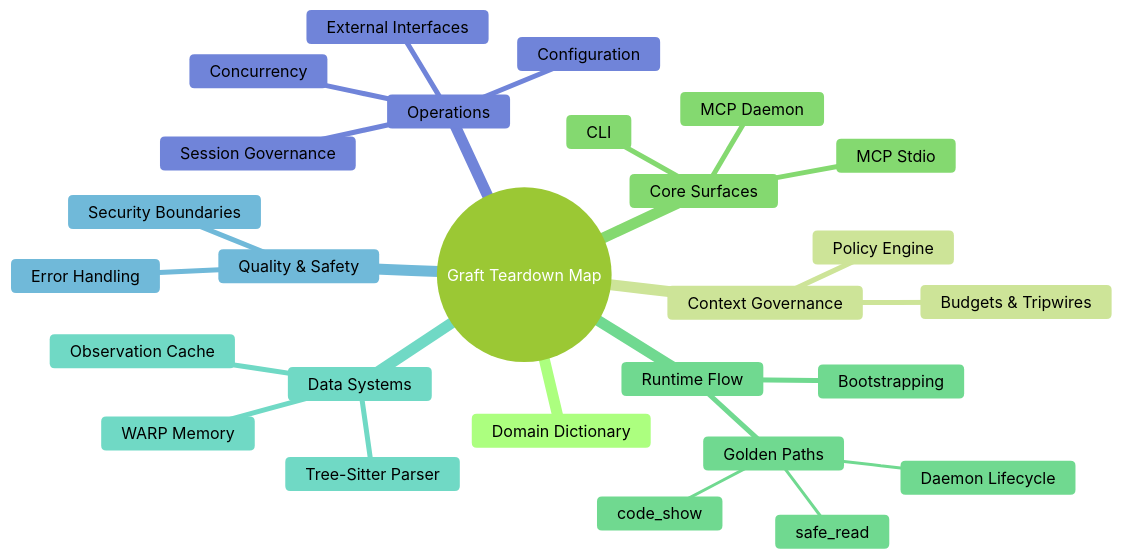
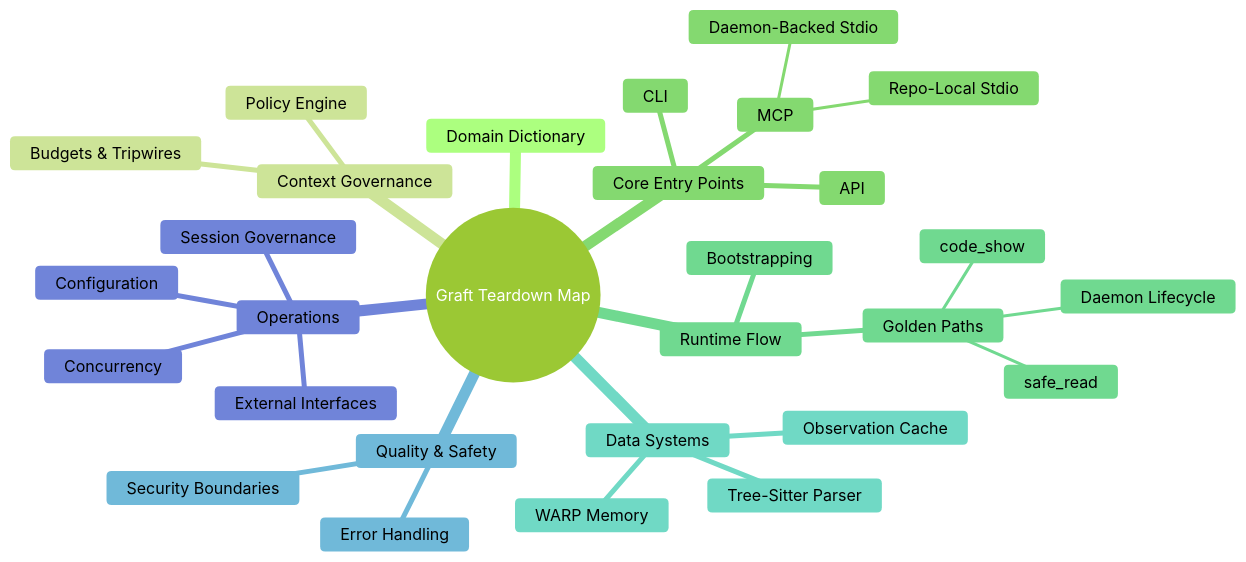
Before and after one commit to flyingrobots/graft: the first of 29 diagrams in docs/TECHNICAL_TEARDOWN.md, drawn with Mermaid (forest theme). The commit also changed other lines of this file and 1 other file, not shown here.

Commit message:
docs: correct public architecture docs

````diff
--- a/docs/TECHNICAL_TEARDOWN.md
+++ b/docs/TECHNICAL_TEARDOWN.md
@@ -45,30 +45,32 @@
 ```mermaid
 mindmap
   root((Graft Teardown Map))
     Domain Dictionary
     Context Governance
       Policy Engine
       Budgets & Tripwires
-    Core Surfaces
+    Core Entry Points
+      API
       CLI
-      MCP Stdio
-      MCP Daemon
+      MCP
+        Repo-Local Stdio
+        Daemon-Backed Stdio
     Runtime Flow
       Bootstrapping
       Golden Paths
         safe_read
         code_show
         Daemon Lifecycle
     Data Systems
       Tree-Sitter Parser
       WARP Memory
       Observation Cache
     Quality & Safety
       Error Handling
       Security Boundaries
     Operations
       Session Governance
       External Interfaces
       Concurrency
       Configuration
 ```
````
